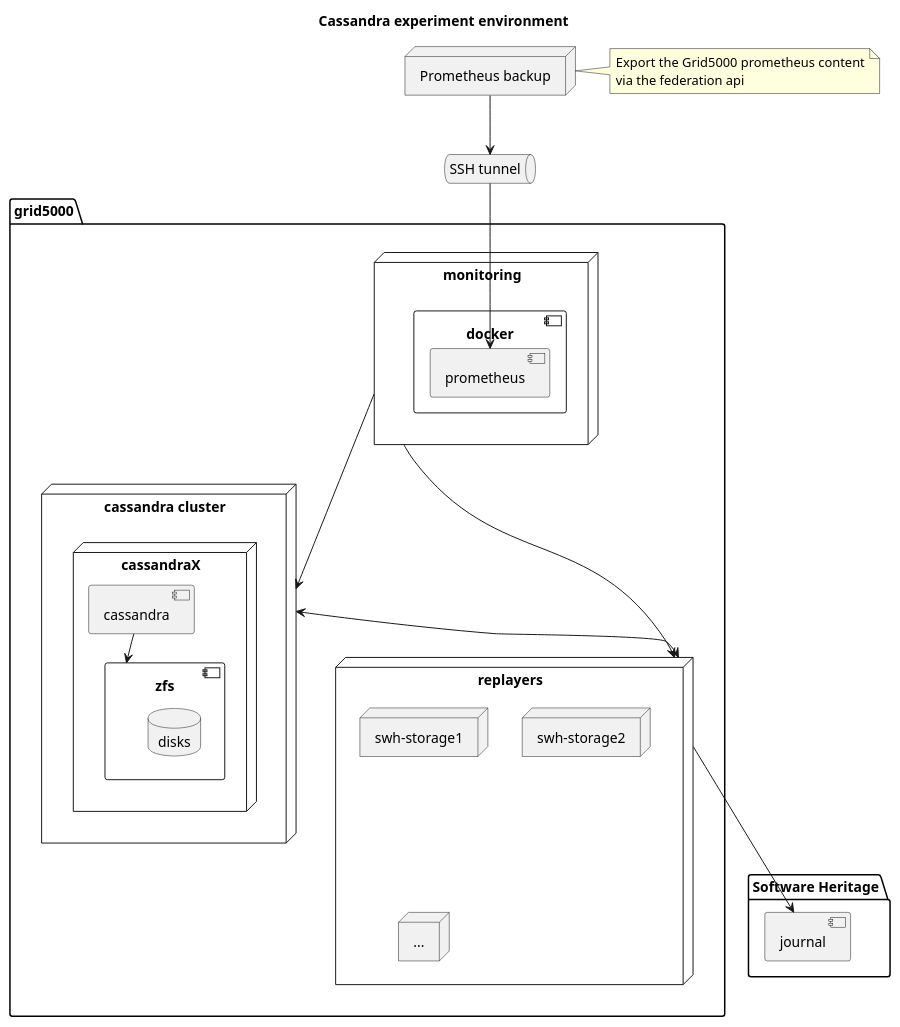
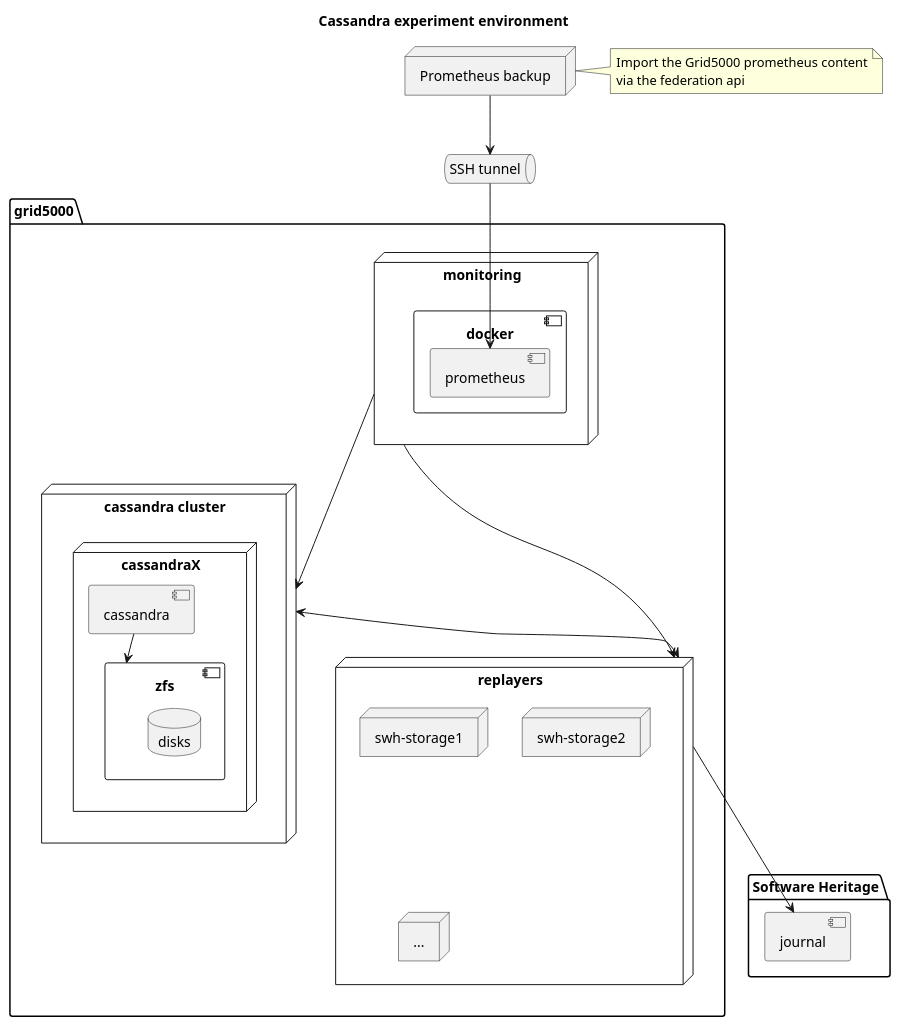
The diagram in sysadmin/grid5000/cassandra/docs/environment.plantuml (SoftwareHeritage/snippets), drawn with PlantUML before and after one commit. The commit also changed 1 other file, not shown here.

Commit message:
grid5000/cassandra: fix a typo on the environment schema
Related to T3357

```diff
--- a/sysadmin/grid5000/cassandra/docs/environment.plantuml
+++ b/sysadmin/grid5000/cassandra/docs/environment.plantuml
@@ -1,53 +1,53 @@
 @startuml
 
 title Cassandra experiment environment
 
 package grid5000 {
 
     node "cassandra cluster" as cassandra {
         node cassandraX {
             component cassandra as db{
 
             }
             component zfs {
                 database disks
             }
             db --> zfs
         }
     }
 
     node replayers {
         node "swh-storage1"
         node "swh-storage2"
         node "..." as storagex
     }
 
     node monitoring {
         component docker {
             component prometheus
         }
     }
 
     cassandra <--> replayers
     monitoring --> cassandra
     monitoring --> replayers
 }
 
 package "Software Heritage" as swh {
     component journal
 
 }
 
 replayers --> journal
 
 queue "SSH tunnel" as ssh
 
 node "Prometheus backup" as external_prometheus
-note right: Export the Grid5000 prometheus content\nvia the federation api
+note right: Import the Grid5000 prometheus content\nvia the federation api
 
 
 ssh --> prometheus
 external_prometheus --> ssh
 
 
 @enduml
```
